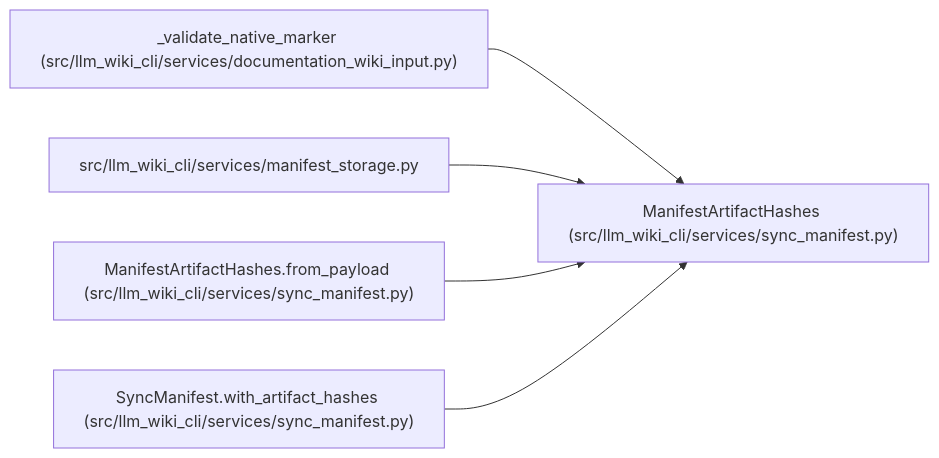
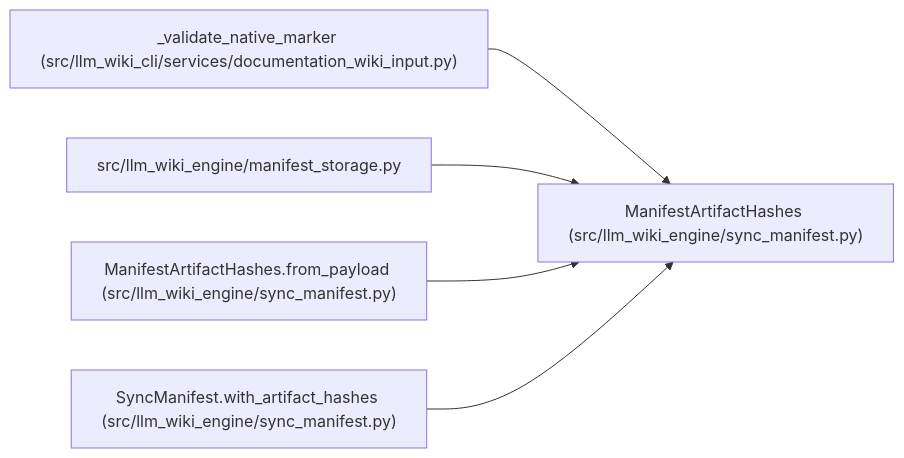
The diagram in docs/llm_wiki/entities/ManifestArtifactHashes.md (Denissvgn/python-wiki-llm), drawn with Mermaid before and after one commit. The commit also changed other lines of this file and 1058 other files, not shown here.

````diff
--- a/docs/llm_wiki/entities/ManifestArtifactHashes.md
+++ b/docs/llm_wiki/entities/ManifestArtifactHashes.md
@@ -35,17 +35,17 @@
 ```mermaid
 flowchart LR
-    n0["ManifestArtifactHashes (src/llm_wiki_cli/services/sync_manifest.py)"]
+    n0["ManifestArtifactHashes (src/llm_wiki_engine/sync_manifest.py)"]
     n1["_validate_native_marker (src/llm_wiki_cli/services/documentation_wiki_input.py)"]
-    n2["src/llm_wiki_cli/services/manifest_storage.py"]
-    n3["ManifestArtifactHashes.from_payload (src/llm_wiki_cli/services/sync_manifest.py)"]
-    n4["SyncManifest.with_artifact_hashes (src/llm_wiki_cli/services/sync_manifest.py)"]
+    n2["src/llm_wiki_engine/manifest_storage.py"]
+    n3["ManifestArtifactHashes.from_payload (src/llm_wiki_engine/sync_manifest.py)"]
+    n4["SyncManifest.with_artifact_hashes (src/llm_wiki_engine/sync_manifest.py)"]
     n1 --> n0
     n2 --> n0
     n3 --> n0
     n4 --> n0
     click n0 "../modules/sync_manifest.md"
     click n1 "../modules/documentation_wiki_input.md"
     click n2 "../modules/manifest_storage.md"
     click n3 "../modules/sync_manifest.md"
     click n4 "../modules/sync_manifest.md"
 ```
````
